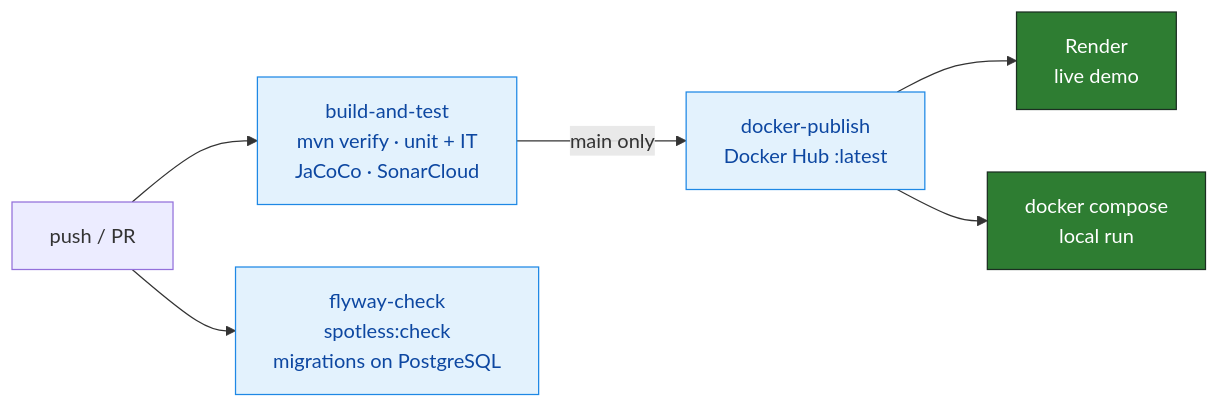
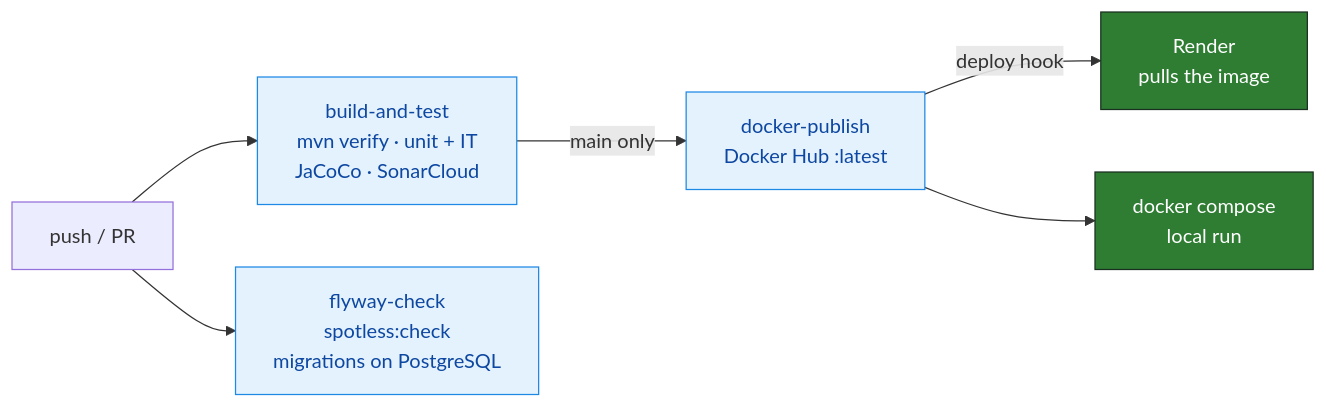
Before and after one commit to RodolfoAgosto/lirium-nutrition-planning: the fifth of 5 diagrams in README.md, drawn with Mermaid. The commit also changed other lines of this file and 2 other files, not shown here.

Commit message:
ci: deploy the tested Docker Hub image to Render through a deploy hook

````diff
--- a/README.md
+++ b/README.md
@@ -221,12 +222,12 @@
 ```mermaid
 flowchart LR
     G[push / PR] --> B[build-and-test<br/>mvn verify · unit + IT<br/>JaCoCo · SonarCloud]
     G --> F[flyway-check<br/>spotless:check<br/>migrations on PostgreSQL]
     B -->|main only| D[docker-publish<br/>Docker Hub :latest]
-    D --> R[Render<br/>live demo]
+    D -->|deploy hook| R[Render<br/>pulls the image]
     D --> L[docker compose<br/>local run]
     classDef ci fill:#E3F2FD,stroke:#1E88E5,color:#0D47A1
     classDef out fill:#2E7D32,stroke:#1B2F21,color:#fff
     class B,F,D ci
     class R,L out
 ```
````
